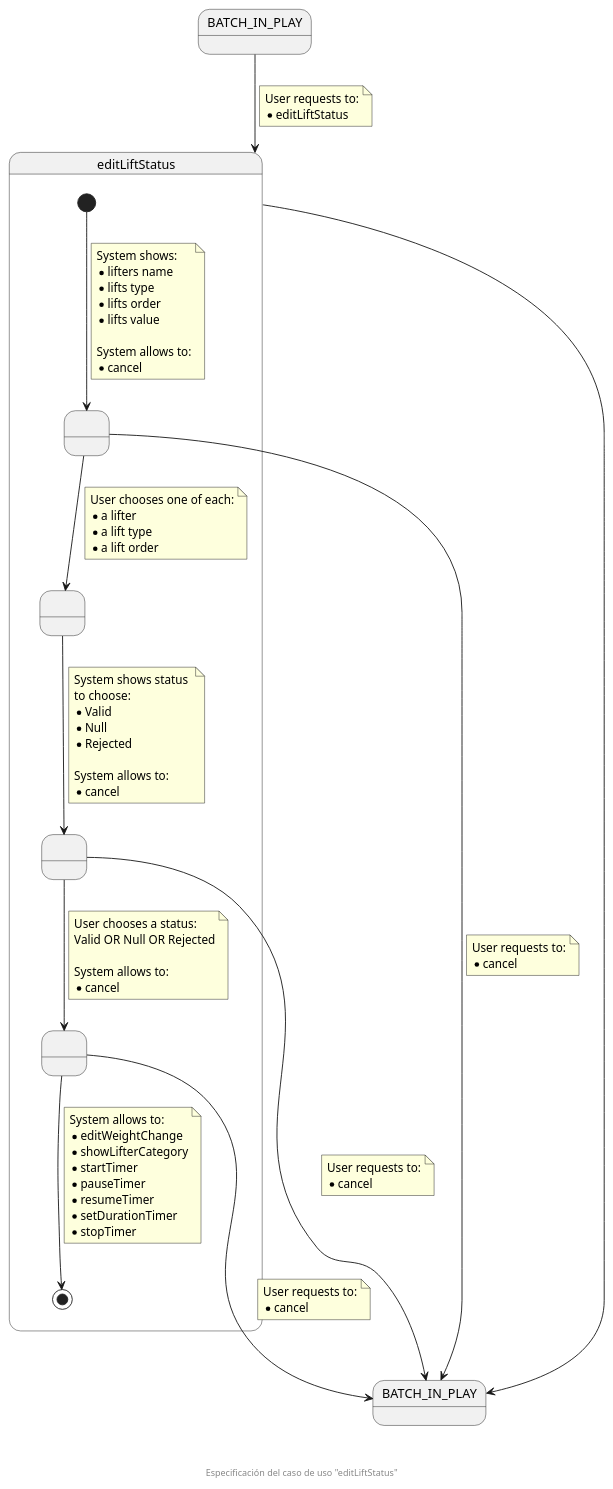
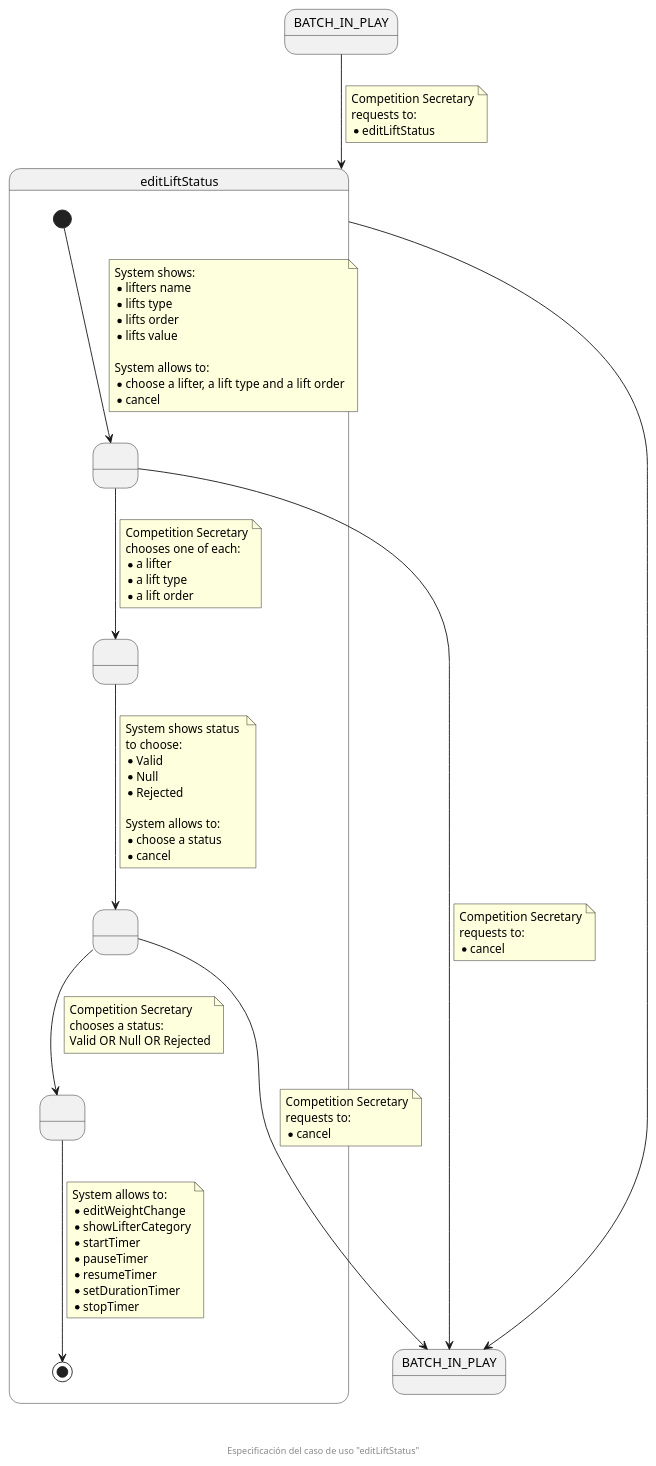
The diagram in documentation/diagrams/1_requirements/3_useCasesSpecification/competitionSecretary/04_editLiftStatus.puml (zuldare/mastercloud_pfm_halterocms), drawn with PlantUML before and after one commit. The commit also changed 4 other files, not shown here.

Commit message:
Fix competition secretary use cases specification

```diff
--- a/documentation/diagrams/1_requirements/3_useCasesSpecification/competitionSecretary/04_editLiftStatus.puml
+++ b/documentation/diagrams/1_requirements/3_useCasesSpecification/competitionSecretary/04_editLiftStatus.puml
@@ -1,91 +1,89 @@
 @startuml
 state BATCH_IN_PLAY
 state "BATCH_IN_PLAY" as BATCH_IN_PLAY_F
 state editLiftStatus {
   state " " as SHOWED_LIFTS_VALUE
   state " " as CHOSEN_LIFTER
   state " " as REQUIRED_DATA
   state " " as PROVIDED_DATA
 
   [*] --> SHOWED_LIFTS_VALUE
   note on link
     System shows:
     * lifters name
     * lifts type
     * lifts order
     * lifts value
 
     System allows to:
+    * choose a lifter, a lift type and a lift order
     * cancel
   end note
   
   SHOWED_LIFTS_VALUE --> CHOSEN_LIFTER
   note on link
-    User chooses one of each:
+    Competition Secretary
+    chooses one of each:
     * a lifter
     * a lift type
     * a lift order
   end note
 
   SHOWED_LIFTS_VALUE -down-> BATCH_IN_PLAY_F
   note on link
-    User requests to:
+    Competition Secretary
+    requests to:
     * cancel
   end note
 
   CHOSEN_LIFTER --> REQUIRED_DATA
   note on link
     System shows status 
     to choose:
     * Valid
     * Null
     * Rejected
 
     System allows to:
+    * choose a status
     * cancel
   end note
 
   REQUIRED_DATA -down--> BATCH_IN_PLAY_F
   note on link
-    User requests to:
+    Competition Secretary
+    requests to:
     * cancel
   end note
 
   REQUIRED_DATA --> PROVIDED_DATA
   note on link
-    User chooses a status:
+    Competition Secretary
+    chooses a status:
     Valid OR Null OR Rejected
-
-    System allows to:
-    * cancel
   end note
 
   PROVIDED_DATA --> [*]
   note on link
     System allows to:
     * editWeightChange
     * showLifterCategory
     * startTimer
     * pauseTimer
     * resumeTimer
     * setDurationTimer
     * stopTimer
   end note
-
-  PROVIDED_DATA -down--> BATCH_IN_PLAY_F
-  note on link
-    User requests to:
-    * cancel
-  end note
 }
 
 BATCH_IN_PLAY --> editLiftStatus
 note on link
-  User requests to:
+  Competition Secretary
+  requests to:
   * editLiftStatus
 end note
 
 editLiftStatus ---> BATCH_IN_PLAY_F
 
 footer \n\n\n Especificación del caso de uso "editLiftStatus"
 @enduml
```
